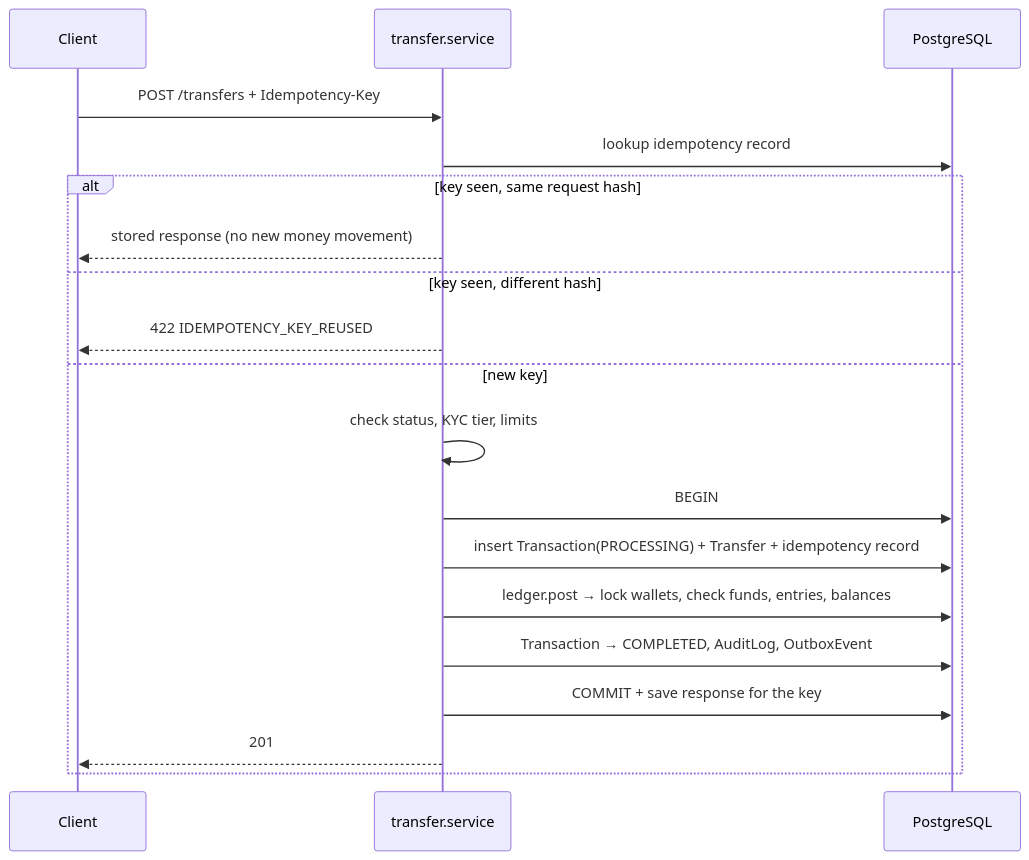
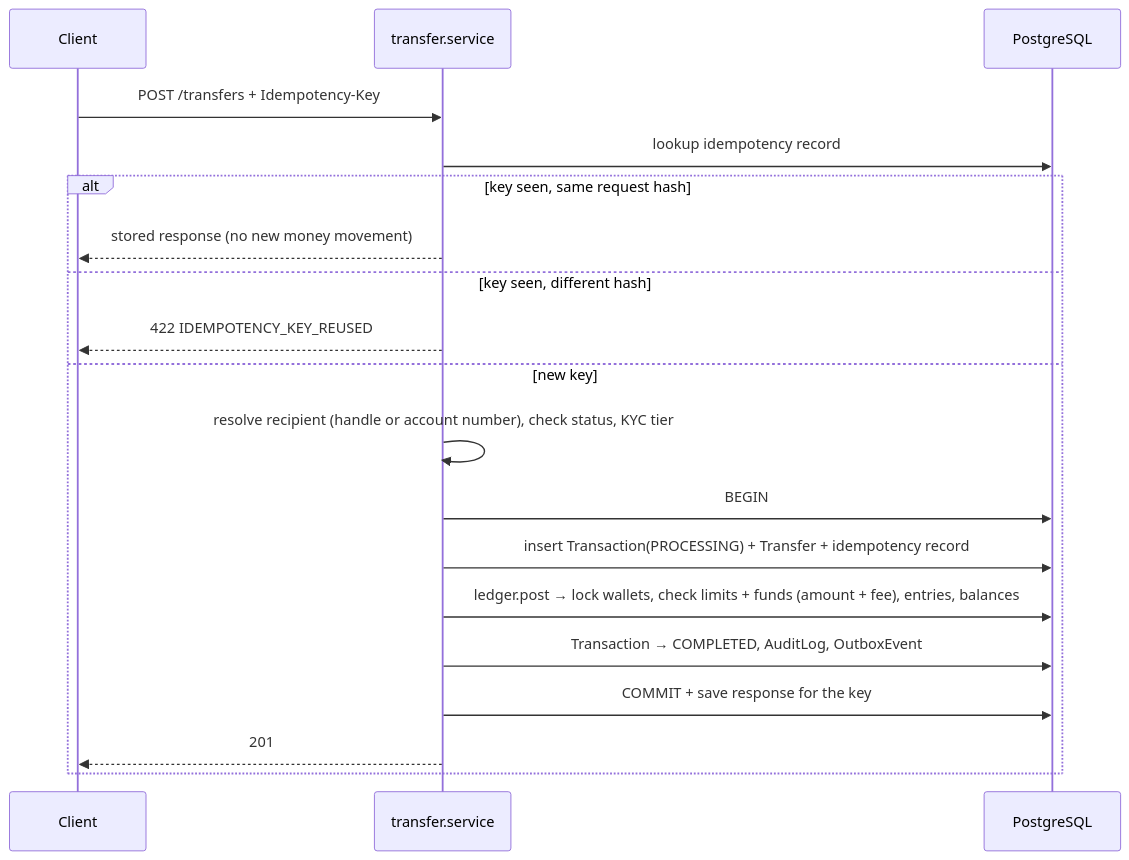
Before and after one commit to emmybest19/fundra: the fifth of 7 diagrams in docs/ARCHITECTURE.md, drawn with Mermaid. The commit also changed other lines of this file and 6 other files, not shown here.

````diff
--- a/docs/ARCHITECTURE.md
+++ b/docs/ARCHITECTURE.md
@@ -286,22 +286,22 @@
 ```mermaid
 sequenceDiagram
     participant C as Client
     participant T as transfer.service
     participant DB as PostgreSQL
 
     C->>T: POST /transfers + Idempotency-Key
     T->>DB: lookup idempotency record
     alt key seen, same request hash
         T-->>C: stored response (no new money movement)
     else key seen, different hash
         T-->>C: 422 IDEMPOTENCY_KEY_REUSED
     else new key
-        T->>T: check status, KYC tier, limits
+        T->>T: resolve recipient (handle or account number), check status, KYC tier
         T->>DB: BEGIN
         T->>DB: insert Transaction(PROCESSING) + Transfer + idempotency record
-        T->>DB: ledger.post → lock wallets, check funds, entries, balances
+        T->>DB: ledger.post → lock wallets, check limits + funds (amount + fee), entries, balances
         T->>DB: Transaction → COMPLETED, AuditLog, OutboxEvent
         T->>DB: COMMIT + save response for the key
         T-->>C: 201
     end
 ```
````
